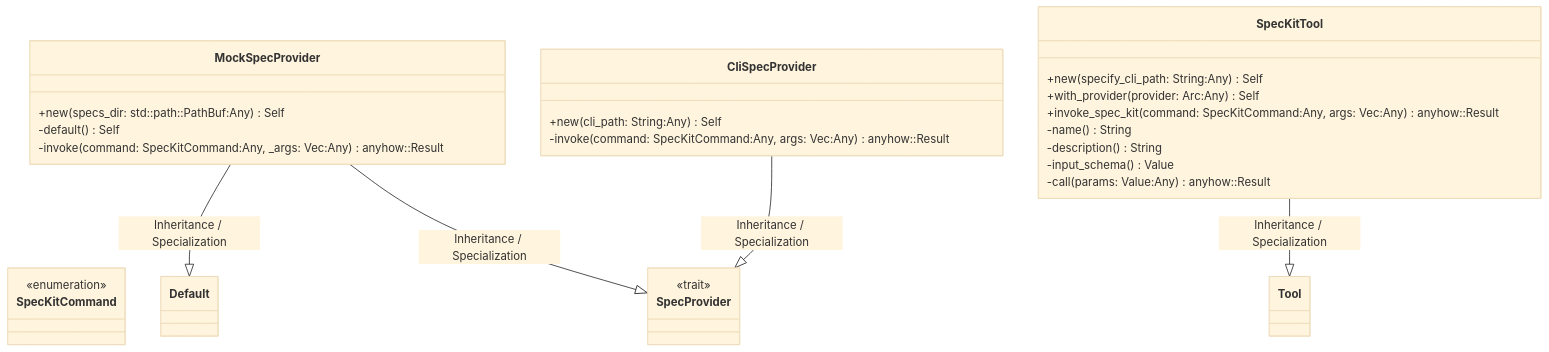
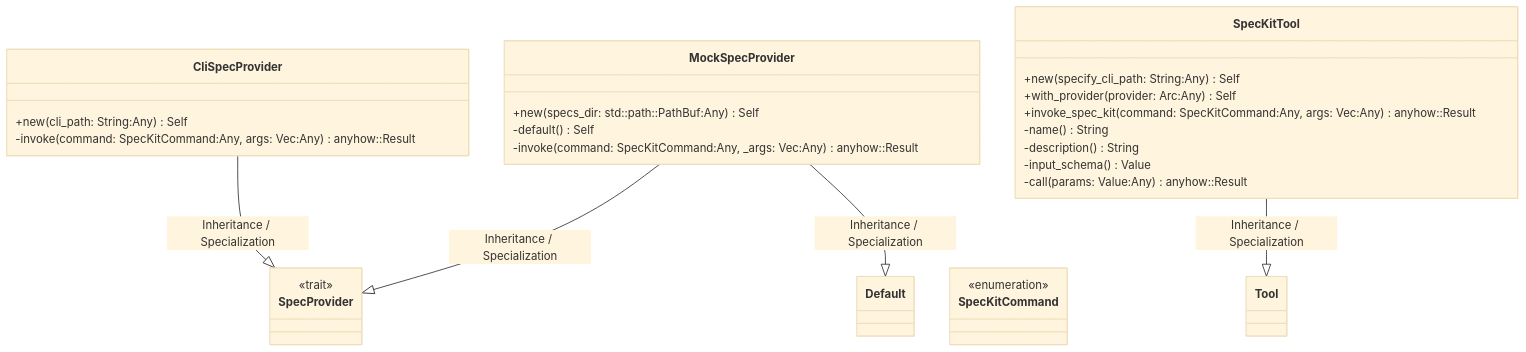
Before and after one commit to lgcorzo/rust_CACD_autonomous_factory: the first of 2 diagrams in openwiki/crates_factory-mcp-server_src_tools_spec_kit_tool_rs.md, drawn with Mermaid (base theme). The commit also changed other lines of this file and 78 other files, not shown here.

````diff
--- a/openwiki/crates_factory-mcp-server_src_tools_spec_kit_tool_rs.md
+++ b/openwiki/crates_factory-mcp-server_src_tools_spec_kit_tool_rs.md
@@ -260,33 +260,33 @@
 ```mermaid
 classDiagram
     direction BT
-    class SpecKitCommand {
-        <<enumeration>>
+    class CliSpecProvider {
+        +new(cli_path: String:Any) Self
+        -invoke(command: SpecKitCommand:Any, args: Vec<String>:Any) anyhow::Result<String>
     }
-    class SpecProvider {
-        <<trait>>
-    }
+    SpecProvider <|-- CliSpecProvider : Inheritance / Specialization
     class MockSpecProvider {
         +new(specs_dir: std::path::PathBuf:Any) Self
         -default() Self
         -invoke(command: SpecKitCommand:Any, _args: Vec<String>:Any) anyhow::Result<String>
     }
     Default <|-- MockSpecProvider : Inheritance / Specialization
     SpecProvider <|-- MockSpecProvider : Inheritance / Specialization
-    class CliSpecProvider {
-        +new(cli_path: String:Any) Self
-        -invoke(command: SpecKitCommand:Any, args: Vec<String>:Any) anyhow::Result<String>
+    class SpecKitCommand {
+        <<enumeration>>
     }
-    SpecProvider <|-- CliSpecProvider : Inheritance / Specialization
     class SpecKitTool {
         +new(specify_cli_path: String:Any) Self
         +with_provider(provider: Arc<dyn SpecProvider>:Any) Self
         +invoke_spec_kit(command: SpecKitCommand:Any, args: Vec<String>:Any) anyhow::Result<String>
         -name() String
         -description() String
         -input_schema() Value
         -call(params: Value:Any) anyhow::Result<CallToolResult>
     }
     Tool <|-- SpecKitTool : Inheritance / Specialization
+    class SpecProvider {
+        <<trait>>
+    }
 
 ```
````
